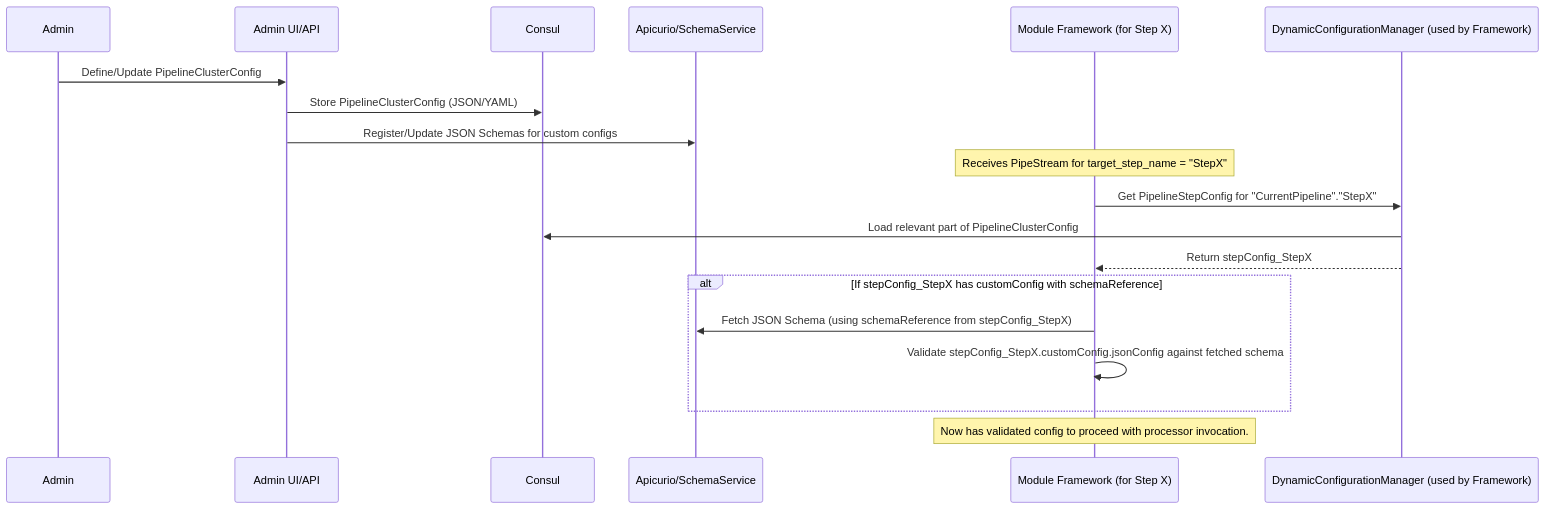
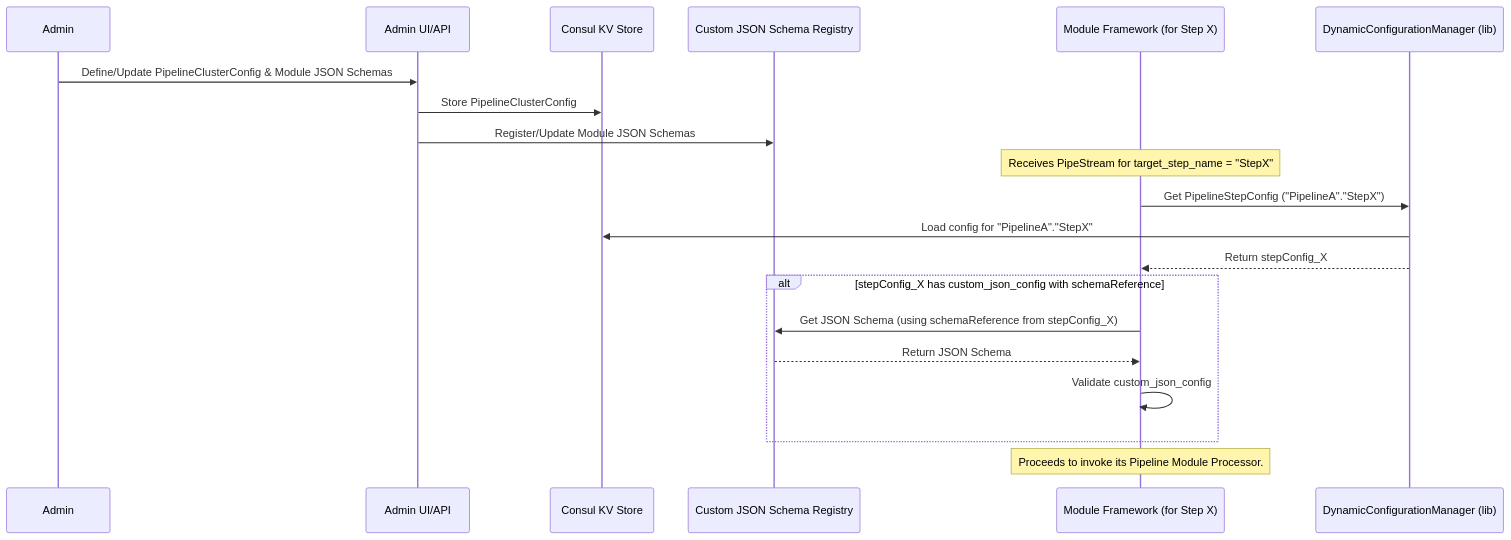
One commit to krickert/micronaut-multiproject-example changed the first of 3 diagrams in docs/architecture_overview.md. Above: the diagram before and after it, drawn with Mermaid. The commit also changed other lines of this file and 5 other files, not shown here.

`````diff
--- a/docs/architecture_overview.md
+++ b/docs/architecture_overview.md
@@ -229,24 +147,25 @@
 ```mermaid
 sequenceDiagram
     participant Admin
     participant AdminAPI_UI as Admin UI/API
-    participant Consul
-    participant SchemaRegistry as Apicurio/SchemaService
+    participant Consul_KV as Consul KV Store
+    participant CustomJsonSR as Custom JSON Schema Registry
     participant ModuleStepX_Framework as Module Framework (for Step X)
-    participant DCM as DynamicConfigurationManager (used by Framework)
+    participant DCM as DynamicConfigurationManager (lib)
 
-    Admin->>AdminAPI_UI: Define/Update PipelineClusterConfig
-    AdminAPI_UI->>Consul: Store PipelineClusterConfig (JSON/YAML)
-    AdminAPI_UI->>SchemaRegistry: Register/Update JSON Schemas for custom configs
+    Admin->>AdminAPI_UI: Define/Update PipelineClusterConfig & Module JSON Schemas
+    AdminAPI_UI->>Consul_KV: Store PipelineClusterConfig
+    AdminAPI_UI->>CustomJsonSR: Register/Update Module JSON Schemas
 
     Note over ModuleStepX_Framework: Receives PipeStream for target_step_name = "StepX"
-    ModuleStepX_Framework->>DCM: Get PipelineStepConfig for "CurrentPipeline"."StepX"
-    DCM->>Consul: Load relevant part of PipelineClusterConfig
-    DCM-->>ModuleStepX_Framework: Return stepConfig_StepX
-
-    alt If stepConfig_StepX has customConfig with schemaReference
-        ModuleStepX_Framework->>SchemaRegistry: Fetch JSON Schema (using schemaReference from stepConfig_StepX)
-        ModuleStepX_Framework->>ModuleStepX_Framework: Validate stepConfig_StepX.customConfig.jsonConfig against fetched schema
+    ModuleStepX_Framework->>DCM: Get PipelineStepConfig ("PipelineA"."StepX")
+    DCM->>Consul_KV: Load config for "PipelineA"."StepX"
+    DCM-->>ModuleStepX_Framework: Return stepConfig_X
+    
+    alt stepConfig_X has custom_json_config with schemaReference
+        ModuleStepX_Framework->>CustomJsonSR: Get JSON Schema (using schemaReference from stepConfig_X)
+        CustomJsonSR-->>ModuleStepX_Framework: Return JSON Schema
+        ModuleStepX_Framework->>ModuleStepX_Framework: Validate custom_json_config
     end
-    Note over ModuleStepX_Framework: Now has validated config to proceed with processor invocation.
-```
+    Note over ModuleStepX_Framework: Proceeds to invoke its Pipeline Module Processor.
+````
`````
